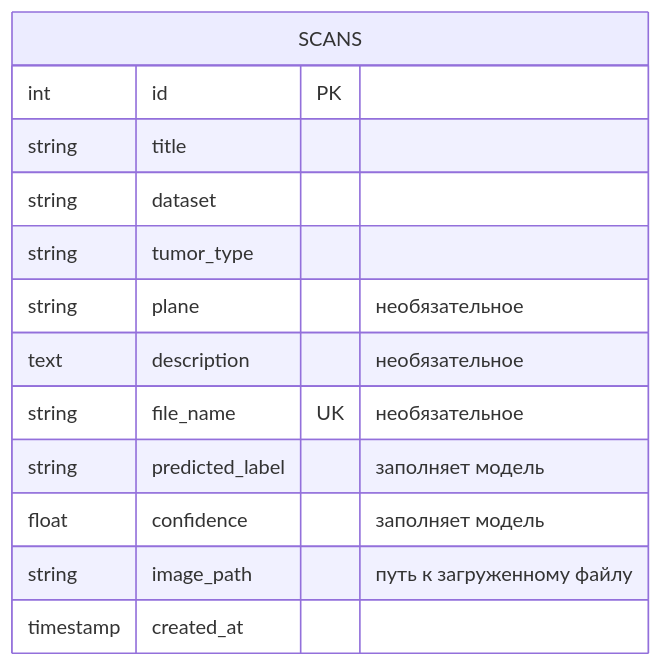
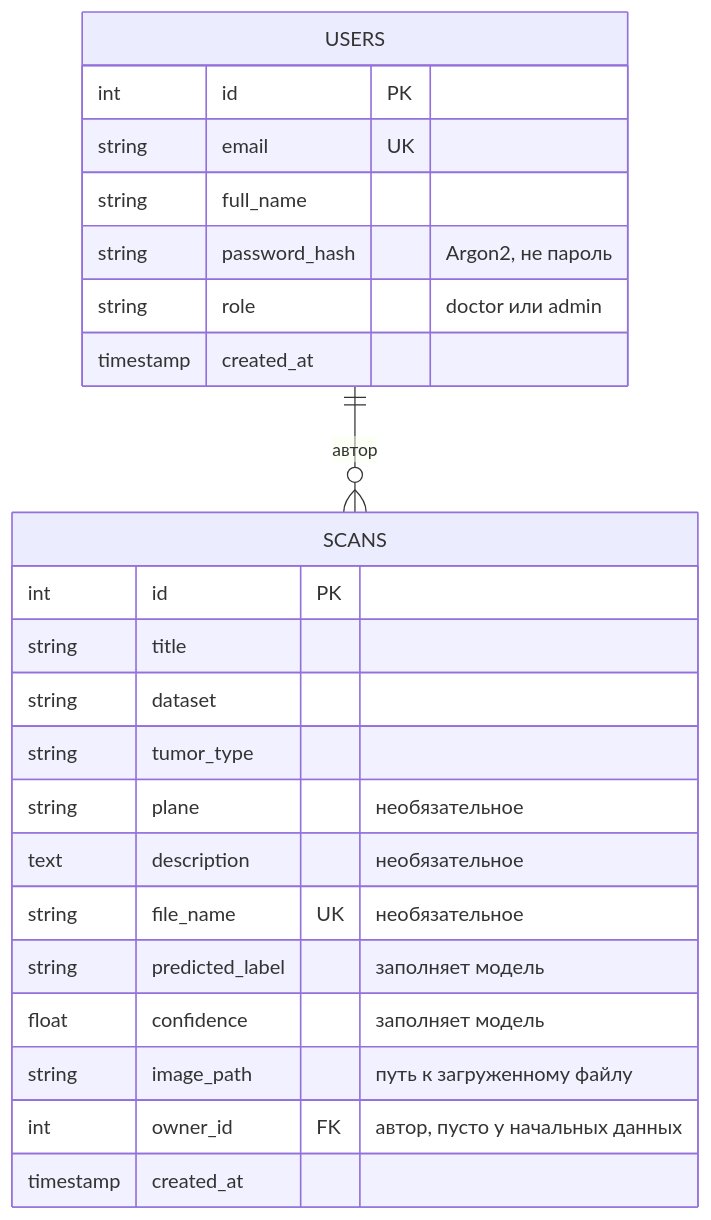
Before and after one commit to nurgul-zhumabayeva/mri-brain-tumor-system: the third of 3 diagrams in docs/architecture.md, drawn with Mermaid. The commit also changed other lines of this file and 41 other files, not shown here.

Commit message:
Add authentication, doctor and admin roles, pgAdmin

````diff
--- a/docs/architecture.md
+++ b/docs/architecture.md
@@ -43,16 +45,26 @@
 ```mermaid
 erDiagram
+    USERS ||--o{ SCANS : "автор"
+    USERS {
+        int id PK
+        string email UK
+        string full_name
+        string password_hash "Argon2, не пароль"
+        string role "doctor или admin"
+        timestamp created_at
+    }
     SCANS {
         int id PK
         string title
         string dataset
         string tumor_type
         string plane "необязательное"
         text description "необязательное"
         string file_name UK "необязательное"
         string predicted_label "заполняет модель"
         float confidence "заполняет модель"
         string image_path "путь к загруженному файлу"
+        int owner_id FK "автор, пусто у начальных данных"
         timestamp created_at
     }
 ```
````
